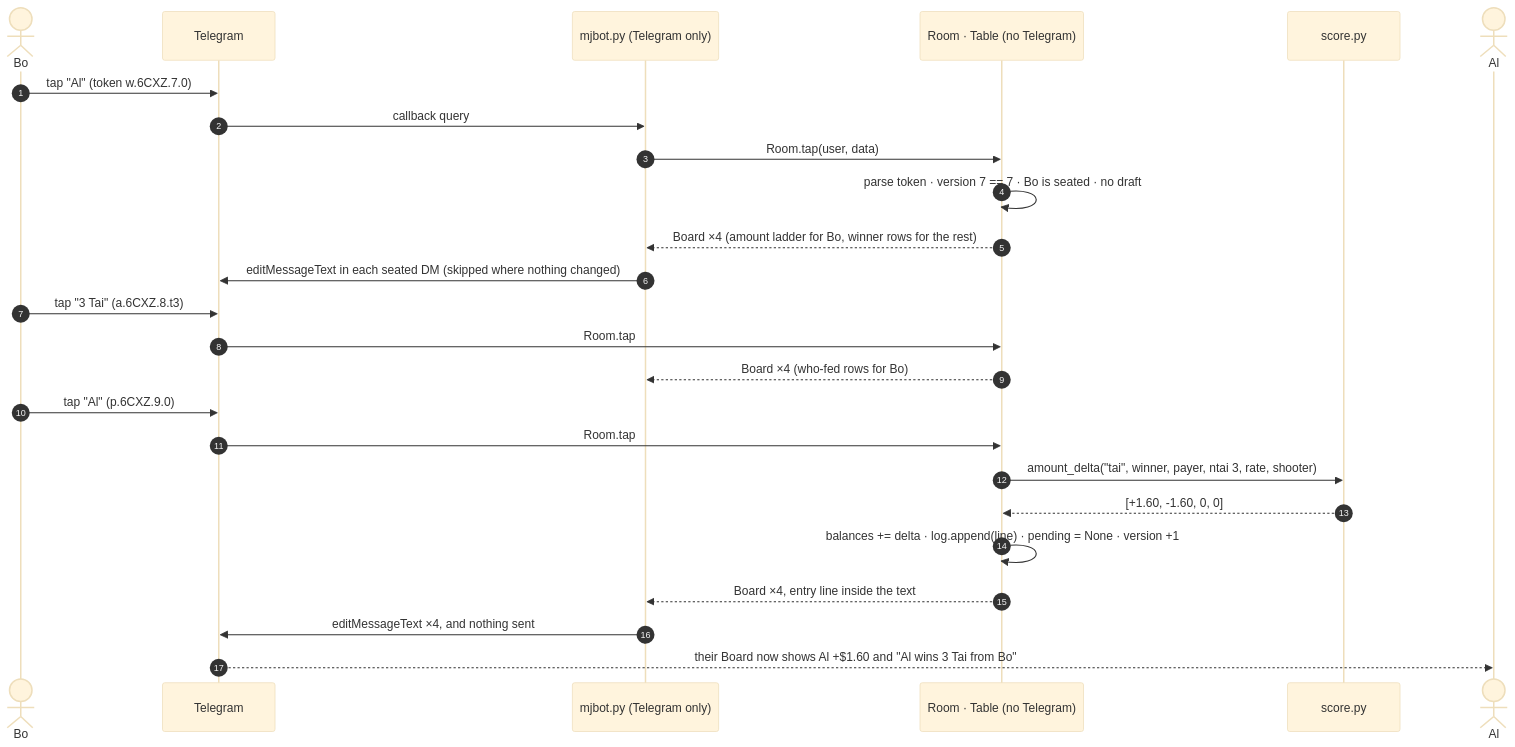
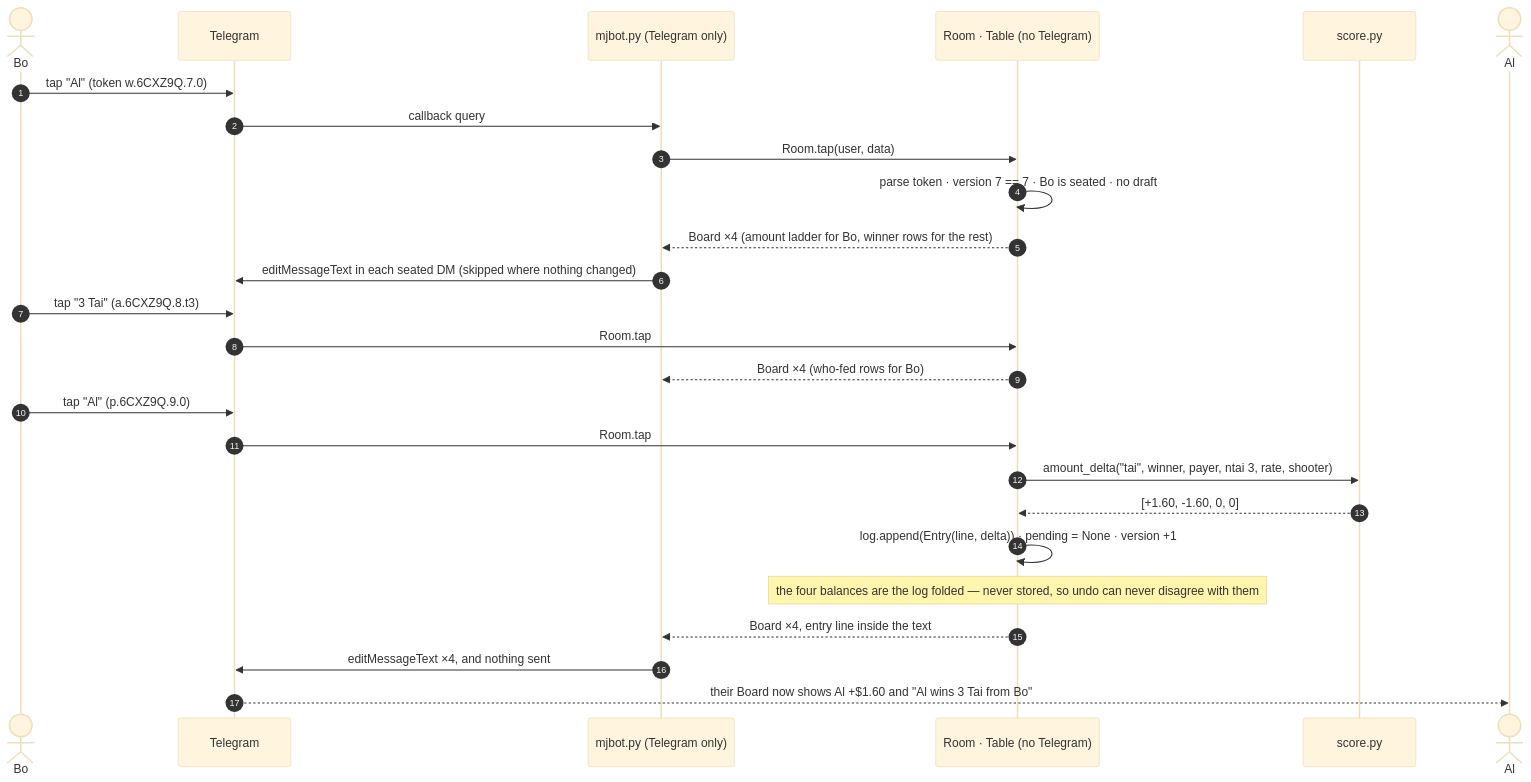
The fourth of 7 diagrams in docs/flow.md (jonkoong/SGMahjongCalcTele), drawn with Mermaid (base theme) before and after one commit. The commit also changed other lines of this file and 23 other files, not shown here.

````diff
--- a/docs/flow.md
+++ b/docs/flow.md
@@ -148,27 +158,28 @@
 ```mermaid
 sequenceDiagram
     autonumber
     actor Bo
     participant TG as Telegram
     participant MJ as mjbot.py (Telegram only)
     participant RM as Room · Table (no Telegram)
     participant SC as score.py
     actor Al
-    Bo->>TG: tap "Al" (token w.6CXZ.7.0)
+    Bo->>TG: tap "Al" (token w.6CXZ9Q.7.0)
     TG->>MJ: callback query
     MJ->>RM: Room.tap(user, data)
     RM->>RM: parse token · version 7 == 7 · Bo is seated · no draft
     RM-->>MJ: Board ×4 (amount ladder for Bo, winner rows for the rest)
     MJ->>TG: editMessageText in each seated DM (skipped where nothing changed)
-    Bo->>TG: tap "3 Tai" (a.6CXZ.8.t3)
+    Bo->>TG: tap "3 Tai" (a.6CXZ9Q.8.t3)
     TG->>RM: Room.tap
     RM-->>MJ: Board ×4 (who-fed rows for Bo)
-    Bo->>TG: tap "Al" (p.6CXZ.9.0)
+    Bo->>TG: tap "Al" (p.6CXZ9Q.9.0)
     TG->>RM: Room.tap
     RM->>SC: amount_delta("tai", winner, payer, ntai 3, rate, shooter)
     SC-->>RM: [+1.60, -1.60, 0, 0]
-    RM->>RM: balances += delta · log.append(line) · pending = None · version +1
+    RM->>RM: log.append(Entry(line, delta)) · pending = None · version +1
+    Note over RM: the four balances are the log folded — never stored, so undo can never disagree with them
     RM-->>MJ: Board ×4, entry line inside the text
     MJ->>TG: editMessageText ×4, and nothing sent
     TG-->>Al: their Board now shows Al +$1.60 and "Al wins 3 Tai from Bo"
 ```
````
